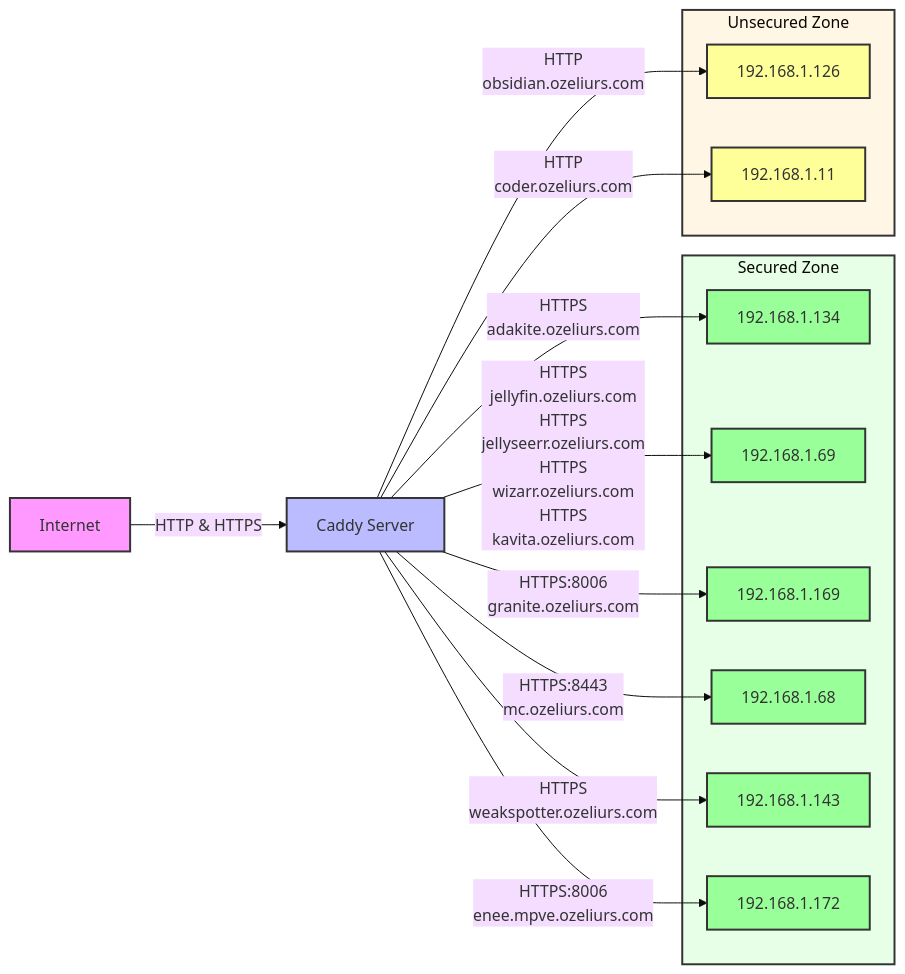
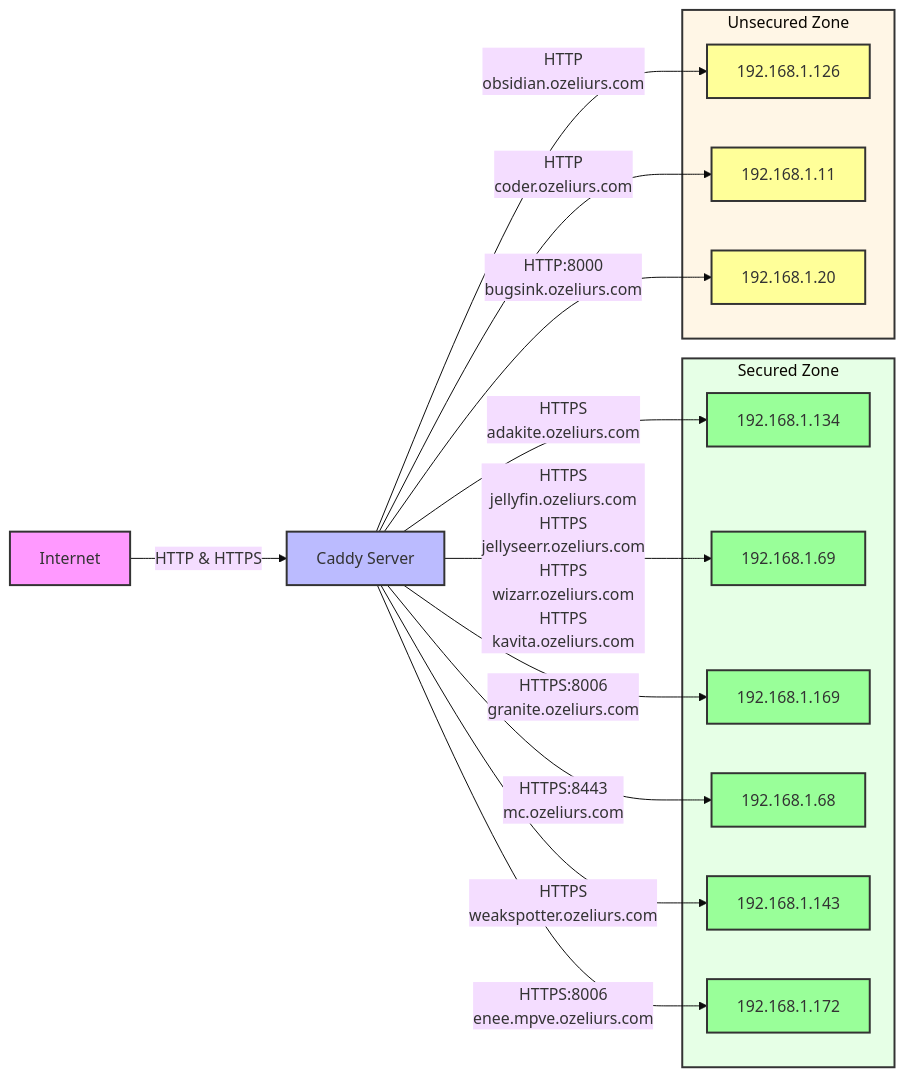
One commit to ozeliurs/dc-reverse-proxy-config changed the diagram in README.md. Above: the diagram before and after it, drawn with Mermaid (base theme). The commit also changed 1 other file, not shown here.

Commit message:
Generate and update Caddyfile, Mermaid diagram, and Dockerfile

````diff
--- a/README.md
+++ b/README.md
@@ -34,54 +34,57 @@
 ```mermaid
 graph LR
     %% Style definitions
     classDef internet fill:#f9f,stroke:#333,stroke-width:2px;
     classDef proxy fill:#bbf,stroke:#333,stroke-width:2px;
     classDef backend fill:#bfb,stroke:#333,stroke-width:2px;
     classDef secure fill:#9f9,stroke:#333,stroke-width:2px;
     classDef unsecure fill:#ff9,stroke:#333,stroke-width:2px;
 
     %% Nodes
     I[Internet]
     C[Caddy Server]
 
     %% Apply styles
     class I internet
     class C proxy
 
     %% Base connections
     I -->|HTTP & HTTPS| C
 
     %% Backend groups
     subgraph Secured[Secured Zone]
         style Secured fill:#e6ffe6,stroke:#333,stroke-width:2px
         S0[192.168.1.134]
         class S0 secure
         S1[192.168.1.69]
         class S1 secure
         S2[192.168.1.169]
         class S2 secure
         S3[192.168.1.68]
         class S3 secure
         S4[192.168.1.143]
         class S4 secure
         S5[192.168.1.172]
         class S5 secure
     end
 
     subgraph Unsecured[Unsecured Zone]
         style Unsecured fill:#fff6e6,stroke:#333,stroke-width:2px
         U0[192.168.1.126]
         class U0 unsecure
         U1[192.168.1.11]
         class U1 unsecure
+        U2[192.168.1.20]
+        class U2 unsecure
     end
 
     C -->|HTTPS<br>adakite.ozeliurs.com| S0
     C -->|HTTPS<br>jellyfin.ozeliurs.com<br>HTTPS<br>jellyseerr.ozeliurs.com<br>HTTPS<br>wizarr.ozeliurs.com<br>HTTPS<br>kavita.ozeliurs.com| S1
     C -->|HTTPS:8006<br>granite.ozeliurs.com| S2
     C -->|HTTPS:8443<br>mc.ozeliurs.com| S3
     C -->|HTTP<br>obsidian.ozeliurs.com| U0
     C -->|HTTPS<br>weakspotter.ozeliurs.com| S4
     C -->|HTTPS:8006<br>enee.mpve.ozeliurs.com| S5
     C -->|HTTP<br>coder.ozeliurs.com| U1
+    C -->|HTTP:8000<br>bugsink.ozeliurs.com| U2
 ```
````
